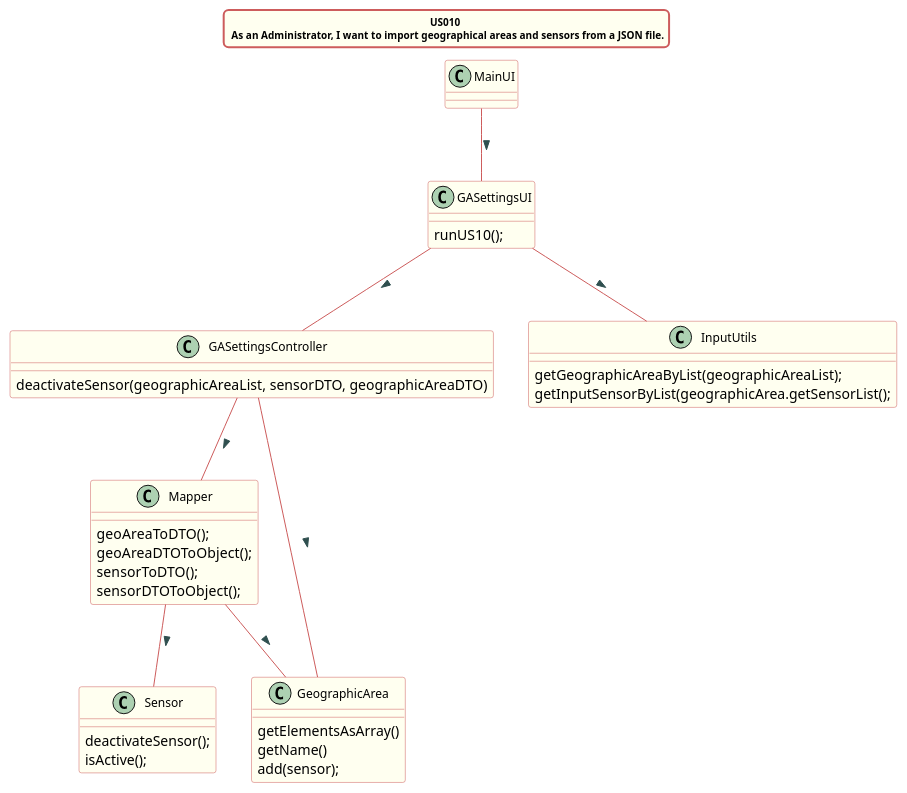
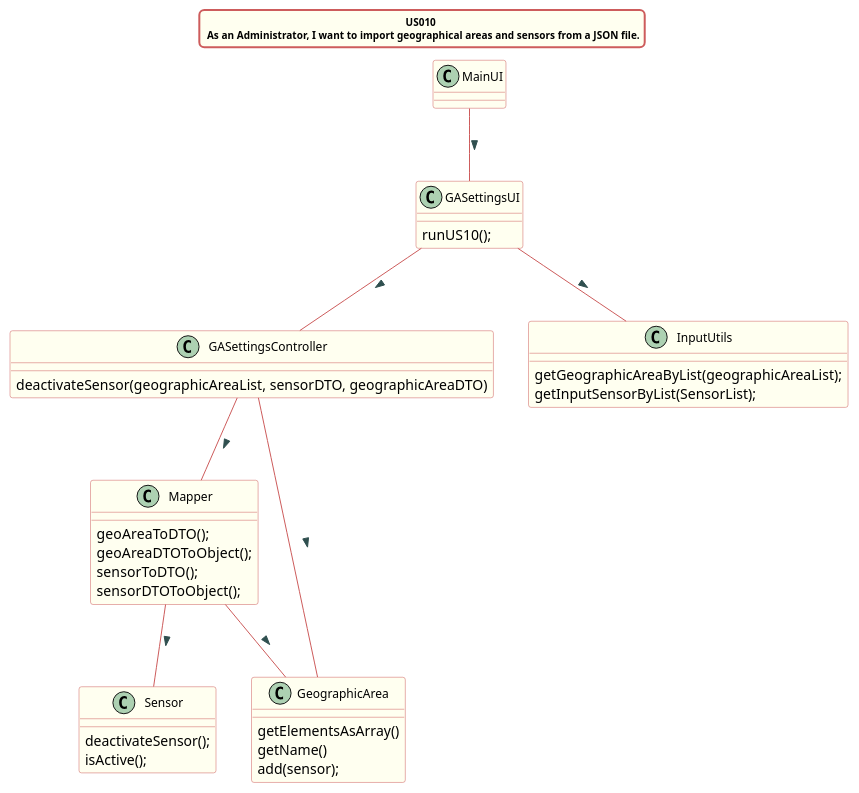
One commit to Almadanmp/project changed the diagram in src/doc/Controllers/GASettings/US10/US10_cd_GASettings.puml. Above: the diagram before and after it, drawn with PlantUML. The commit also changed 16 other files, not shown here.

```diff
--- a/src/doc/Controllers/GASettings/US10/US10_cd_GASettings.puml
+++ b/src/doc/Controllers/GASettings/US10/US10_cd_GASettings.puml
@@ -1,71 +1,71 @@
 @startuml
 
 title US010 \n As an Administrator, I want to import geographical areas and sensors from a JSON file.
 skinparam titleBorderRoundCorner 10
 skinparam titleBorderThickness 2
 skinparam titleBorderColor indianred
 skinparam titleBackgroundColor ivory
 skinparam FontName verdana
 skinparam titleFontSize 10
 
 
 skinparam class {
   BorderColor indianred
   BackgroundColor indianred
   BackgroundColor ivory
    roundcorner 10
    ArrowFontName Verdana
    ArrowColor indianred
    ArrowFontColor darkslategrey
    FontSize 12
 }
 
 class GASettingsController
 class GASettingsUI
 class Mapper
 class GeographicArea
 class Sensor
 class InputUtils
 
 MainUI -- GASettingsUI : >
 GASettingsUI -- InputUtils : >
 GASettingsUI -- GASettingsController : >
 GASettingsController -- Mapper : >
 Mapper -- GeographicArea : >
 Mapper -- Sensor : >
 GASettingsController -- GeographicArea : >
 
 
 class GASettingsUI {
 runUS10();
 }
 
 class GASettingsController {
 deactivateSensor(geographicAreaList, sensorDTO, geographicAreaDTO)
 }
 
 class Mapper {
 geoAreaToDTO();
 geoAreaDTOToObject();
 sensorToDTO();
 sensorDTOToObject();
 }
 
 class GeographicArea{
 getElementsAsArray()
 getName()
 add(sensor);
 }
 
 class InputUtils{
 getGeographicAreaByList(geographicAreaList);
-getInputSensorByList(geographicArea.getSensorList();
+getInputSensorByList(SensorList);
 }
 
 class Sensor {
 deactivateSensor();
 isActive();
 }
 
 
 @enduml
```
